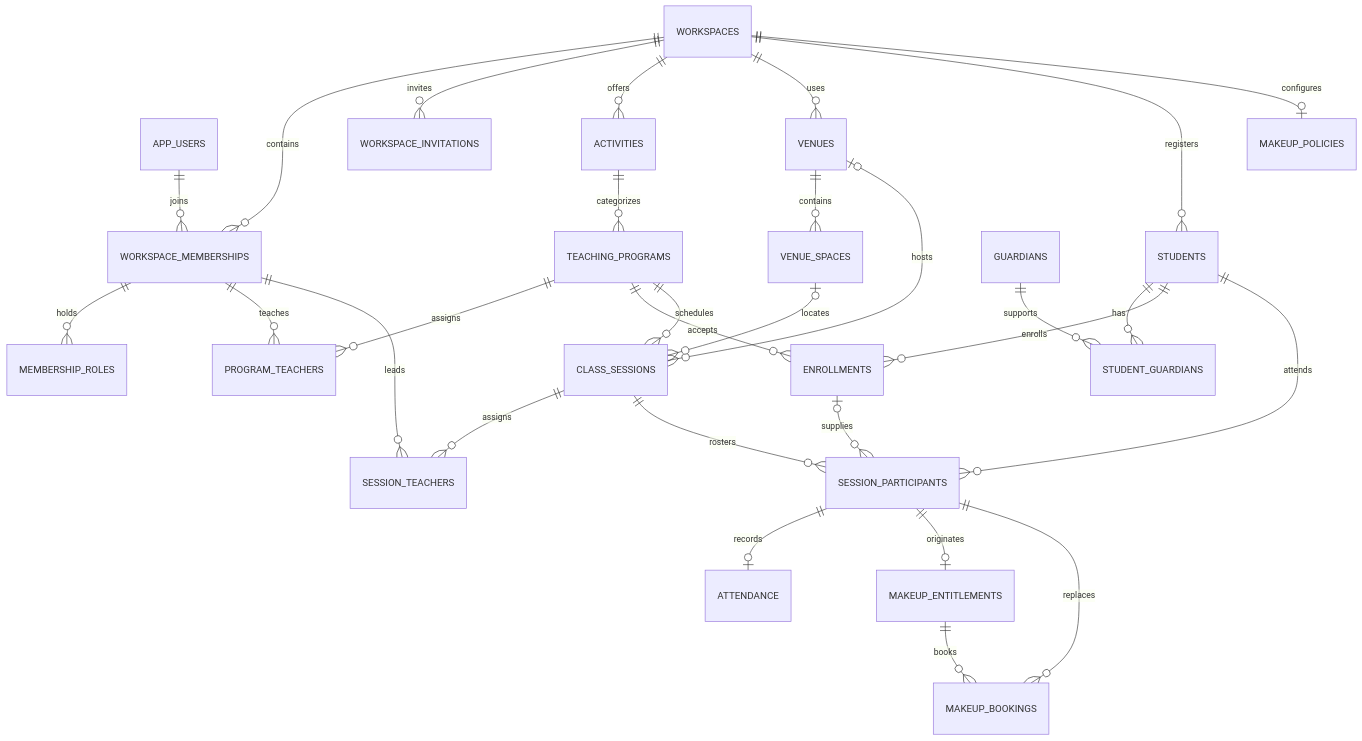
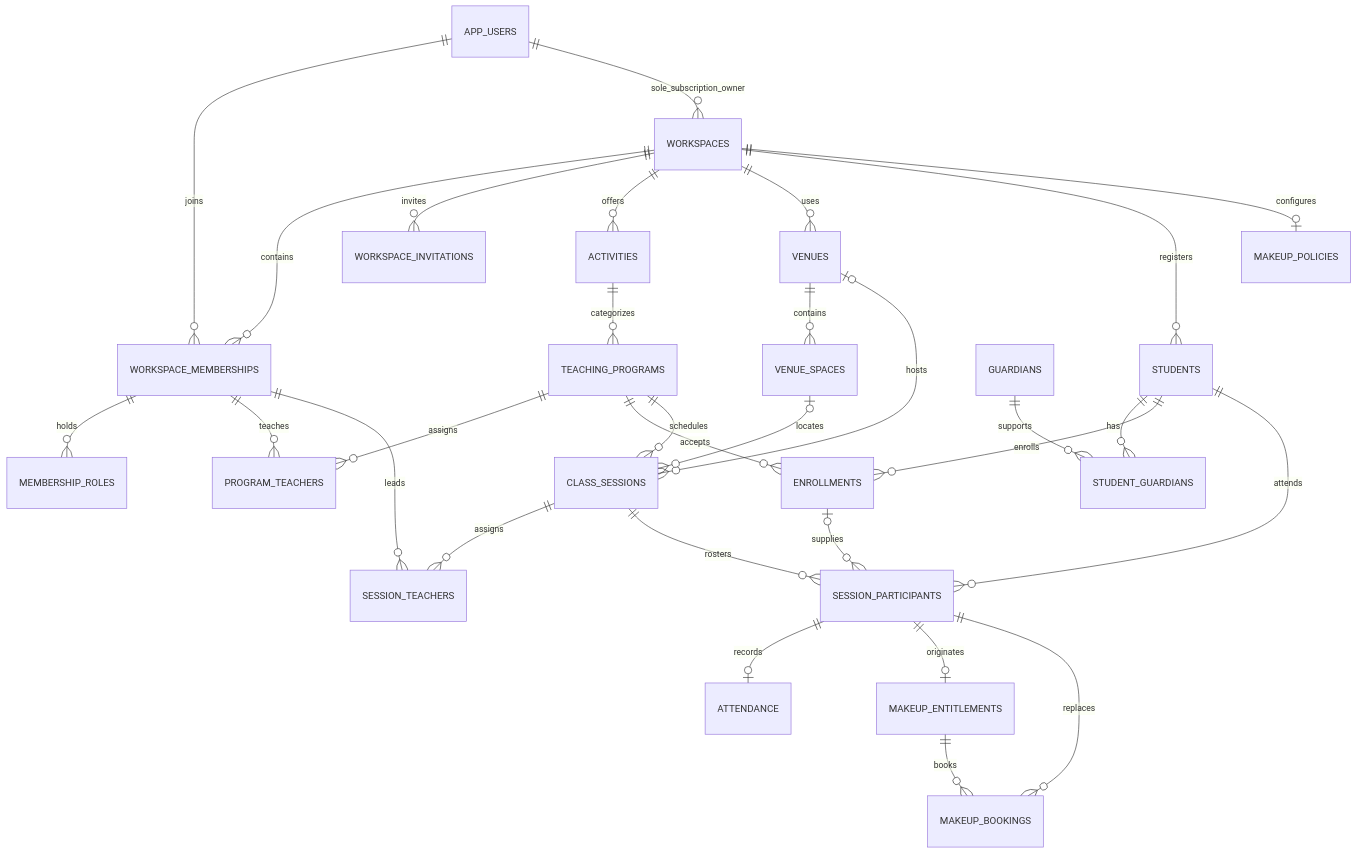
The fifth of 10 diagrams in README.md (hereaniket1/classarit), drawn with Mermaid before and after one commit. The commit also changed other lines of this file and 47 other files, not shown here.

````diff
--- a/README.md
+++ b/README.md
@@ -674,31 +718,32 @@
 ```mermaid
 erDiagram
     APP_USERS ||--o{ WORKSPACE_MEMBERSHIPS : joins
+    APP_USERS ||--o{ WORKSPACES : sole_subscription_owner
     WORKSPACES ||--o{ WORKSPACE_MEMBERSHIPS : contains
     WORKSPACE_MEMBERSHIPS ||--o{ MEMBERSHIP_ROLES : holds
     WORKSPACES ||--o{ WORKSPACE_INVITATIONS : invites
     WORKSPACES ||--o{ ACTIVITIES : offers
     WORKSPACES ||--o{ VENUES : uses
     VENUES ||--o{ VENUE_SPACES : contains
     ACTIVITIES ||--o{ TEACHING_PROGRAMS : categorizes
     TEACHING_PROGRAMS ||--o{ PROGRAM_TEACHERS : assigns
     WORKSPACE_MEMBERSHIPS ||--o{ PROGRAM_TEACHERS : teaches
     WORKSPACES ||--o{ STUDENTS : registers
     STUDENTS ||--o{ STUDENT_GUARDIANS : has
     GUARDIANS ||--o{ STUDENT_GUARDIANS : supports
     TEACHING_PROGRAMS ||--o{ ENROLLMENTS : accepts
     STUDENTS ||--o{ ENROLLMENTS : enrolls
     TEACHING_PROGRAMS ||--o{ CLASS_SESSIONS : schedules
     VENUES o|--o{ CLASS_SESSIONS : hosts
     VENUE_SPACES o|--o{ CLASS_SESSIONS : locates
     CLASS_SESSIONS ||--o{ SESSION_TEACHERS : assigns
     WORKSPACE_MEMBERSHIPS ||--o{ SESSION_TEACHERS : leads
     CLASS_SESSIONS ||--o{ SESSION_PARTICIPANTS : rosters
     STUDENTS ||--o{ SESSION_PARTICIPANTS : attends
     ENROLLMENTS o|--o{ SESSION_PARTICIPANTS : supplies
     SESSION_PARTICIPANTS ||--o| ATTENDANCE : records
     WORKSPACES ||--o| MAKEUP_POLICIES : configures
     SESSION_PARTICIPANTS ||--o| MAKEUP_ENTITLEMENTS : originates
     MAKEUP_ENTITLEMENTS ||--o{ MAKEUP_BOOKINGS : books
     SESSION_PARTICIPANTS ||--o{ MAKEUP_BOOKINGS : replaces
 ```
````
